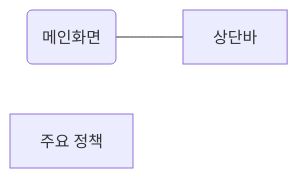
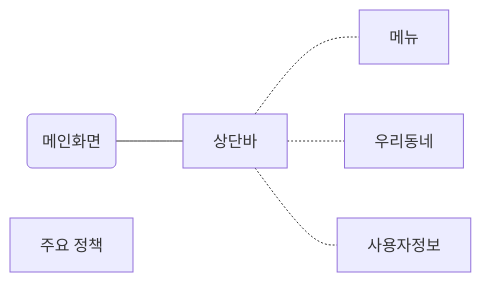
One commit to asiaticblackbear/daily-next changed the diagram in public/flow.md. Above: the diagram before and after it, drawn with Mermaid.

Commit message:
layout structure

`````diff
--- a/public/flow.md
+++ b/public/flow.md
@@ -3,11 +3,17 @@
 ````mermaid
 flowchart LR
 
 home(메인화면)
 
 appbar[상단바]
+appbarFn1[메뉴]
+appbarFn2[우리동네]
+appbarFn3[사용자정보]
+        
 advertise[주요 정책]
 
-home---appbar
+home---appbar-.-appbarFn1
+appbar-.-appbarFn2
+appbar-.-appbarFn3
 
 ````
`````
